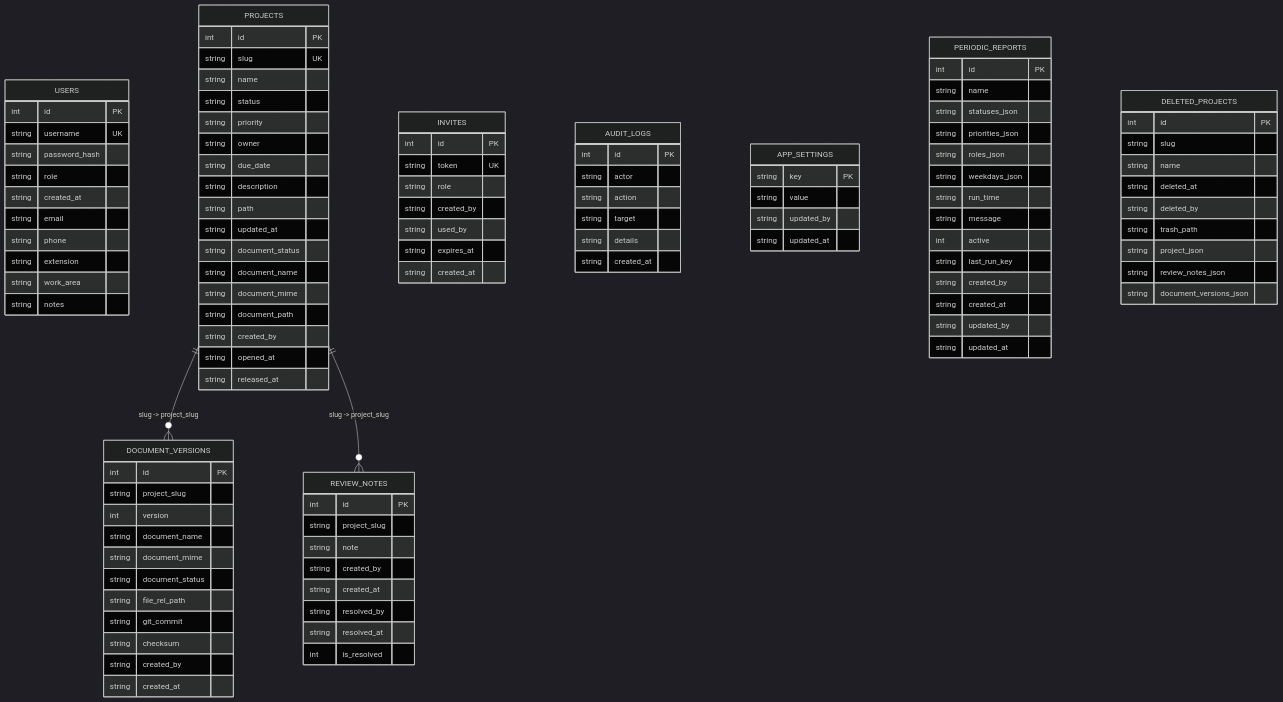
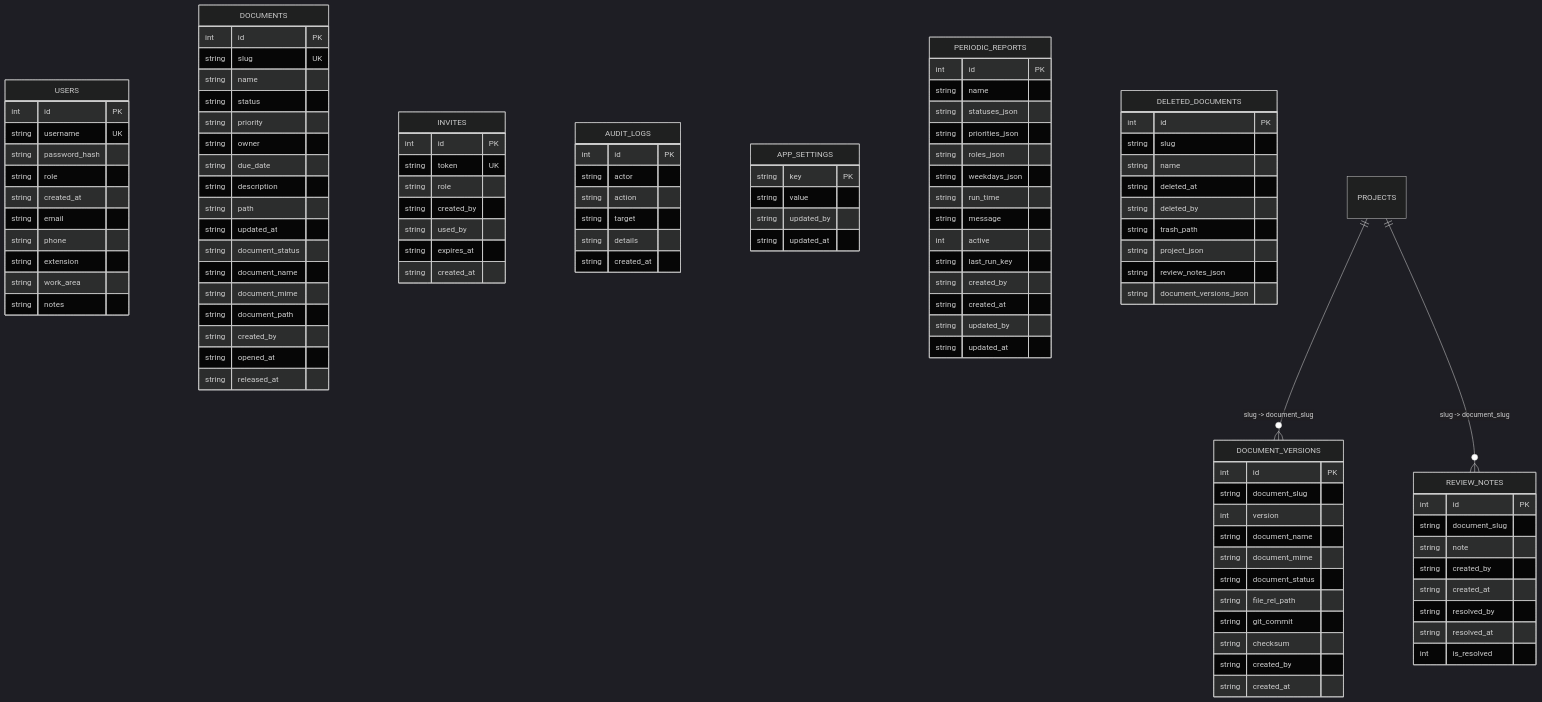
One commit to Vieirapa/ProjectDashboard changed the first of 2 diagrams in docs/14-db-structure-and-module-mapping-3be2bc7.md. Above: the diagram before and after it, drawn with Mermaid (dark theme). The commit also changed other lines of this file and 11 other files, not shown here.

Commit message:
refactor(db): migrate projects->documents tables and slugs with cleanup

````diff
--- a/docs/14-db-structure-and-module-mapping-3be2bc7.md
+++ b/docs/14-db-structure-and-module-mapping-3be2bc7.md
@@ -204,7 +204,7 @@
         string notes
     }
 
-    PROJECTS {
+    DOCUMENTS {
         int id PK
         string slug UK
         string name
@@ -226,7 +226,7 @@
 
     DOCUMENT_VERSIONS {
         int id PK
-        string project_slug
+        string document_slug
         int version
         string document_name
         string document_mime
@@ -240,7 +240,7 @@
 
     REVIEW_NOTES {
         int id PK
-        string project_slug
+        string document_slug
         string note
         string created_by
         string created_at
@@ -292,7 +292,7 @@
         string updated_at
     }
 
-    DELETED_PROJECTS {
+    DELETED_DOCUMENTS {
         int id PK
         string slug
         string name
@@ -304,6 +304,6 @@
         string document_versions_json
     }
 
-    PROJECTS ||--o{ DOCUMENT_VERSIONS : "slug -> project_slug"
-    PROJECTS ||--o{ REVIEW_NOTES : "slug -> project_slug"
+    PROJECTS ||--o{ DOCUMENT_VERSIONS : "slug -> document_slug"
+    PROJECTS ||--o{ REVIEW_NOTES : "slug -> document_slug"
 ```
````
